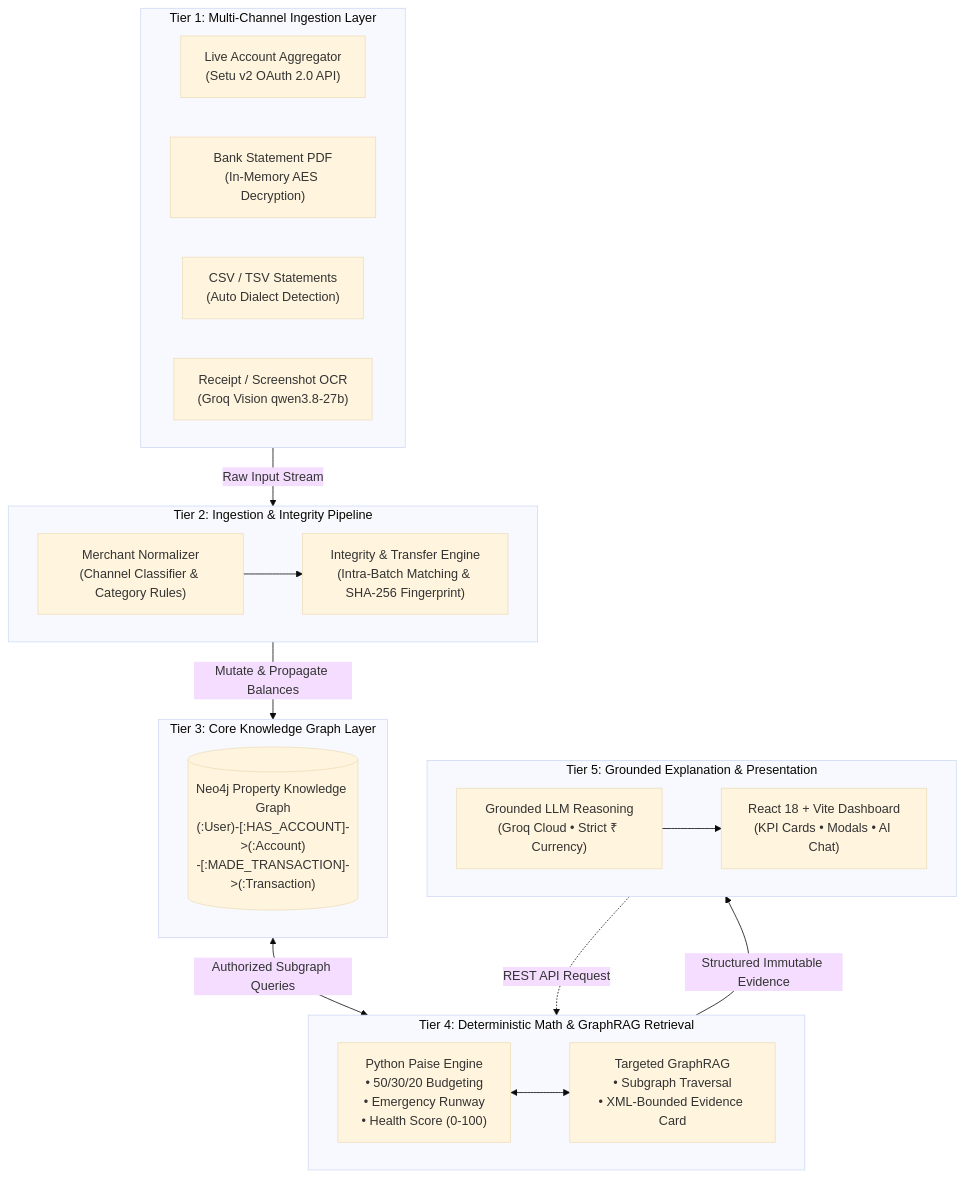
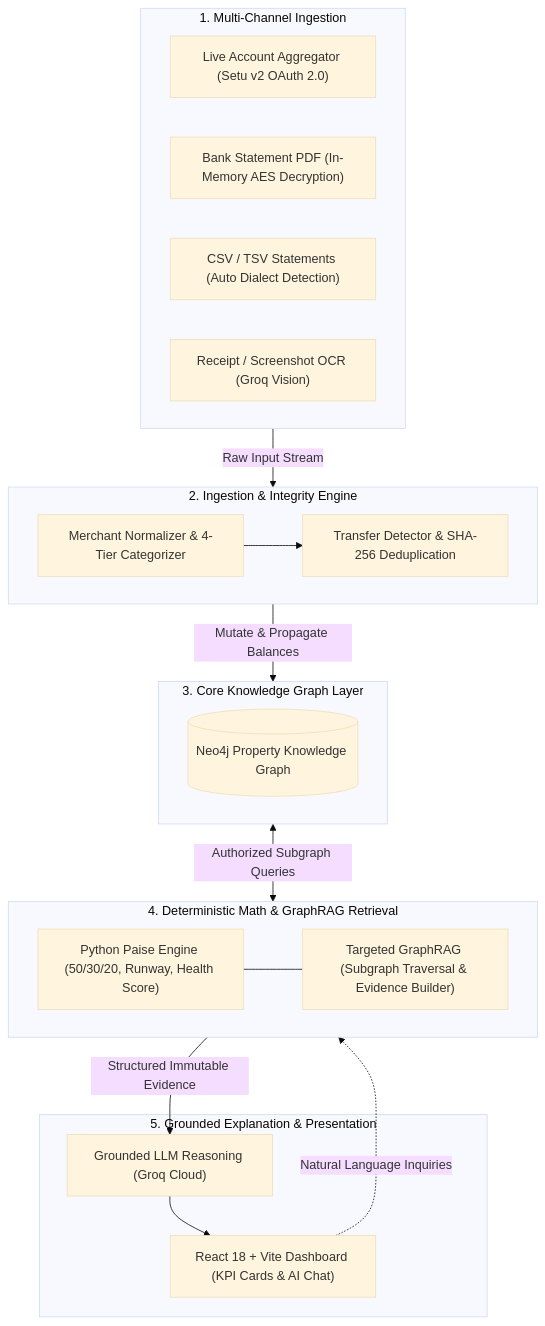
Before and after one commit to HariomGupta0/Personal_Finance_AI_v1: the first of 3 diagrams in README.md, drawn with Mermaid (base theme). The commit also changed other lines of this file, not shown here.

Commit message:
fix(docs): resolve Mermaid syntax error in sequence diagram and enhance architecture flowchart with shieldcn badges

````diff
--- a/README.md
+++ b/README.md
@@ -114,47 +120,43 @@
 ```mermaid
 flowchart TD
     %% TIER 1: INGESTION
-    subgraph T1 ["Tier 1: Multi-Channel Ingestion Layer"]
-        direction LR
-        AA["Live Account Aggregator<br/>(Setu v2 OAuth 2.0 API)"]
-        PDF["Bank Statement PDF<br/>(In-Memory AES Decryption)"]
-        CSV["CSV / TSV Statements<br/>(Auto Dialect Detection)"]
-        OCR["Receipt / Screenshot OCR<br/>(Groq Vision qwen3.8-27b)"]
+    subgraph Tier1 ["1. Multi-Channel Ingestion"]
+        AA["Live Account Aggregator (Setu v2 OAuth 2.0)"]
+        PDF["Bank Statement PDF (In-Memory AES Decryption)"]
+        CSV["CSV / TSV Statements (Auto Dialect Detection)"]
+        OCR["Receipt / Screenshot OCR (Groq Vision)"]
     end
 
     %% TIER 2: INTEGRITY
-    subgraph T2 ["Tier 2: Ingestion & Integrity Pipeline"]
-        direction LR
-        Norm["Merchant Normalizer<br/>(Channel Classifier & Category Rules)"]
-        Dedup["Integrity & Transfer Engine<br/>(Intra-Batch Matching & SHA-256 Fingerprint)"]
+    subgraph Tier2 ["2. Ingestion & Integrity Engine"]
+        Norm["Merchant Normalizer & 4-Tier Categorizer"]
+        Dedup["Transfer Detector & SHA-256 Deduplication"]
         Norm --> Dedup
     end
 
     %% TIER 3: GRAPH STORAGE
-    subgraph T3 ["Tier 3: Core Knowledge Graph Layer"]
-        Neo4j[("Neo4j Property Knowledge Graph<br/>(:User)-[:HAS_ACCOUNT]->(:Account)<br/>-[:MADE_TRANSACTION]->(:Transaction)")]
+    subgraph Tier3 ["3. Core Knowledge Graph Layer"]
+        Neo4j[("Neo4j Property Knowledge Graph")]
     end
 
     %% TIER 4: COMPUTATION & RETRIEVAL
-    subgraph T4 ["Tier 4: Deterministic Math & GraphRAG Retrieval"]
-        direction LR
-        Math["Python Paise Engine<br/>• 50/30/20 Budgeting<br/>• Emergency Runway<br/>• Health Score (0-100)"]
-        RAG["Targeted GraphRAG<br/>• Subgraph Traversal<br/>• XML-Bounded Evidence Card"]
-        Math <--> RAG
+    subgraph Tier4 ["4. Deterministic Math & GraphRAG Retrieval"]
+        Math["Python Paise Engine (50/30/20, Runway, Health Score)"]
+        RAG["Targeted GraphRAG (Subgraph Traversal & Evidence Builder)"]
+        Math --- RAG
     end
 
     %% TIER 5: PRESENTATION
-    subgraph T5 ["Tier 5: Grounded Explanation & Presentation"]
-        direction LR
-        LLM["Grounded LLM Reasoning<br/>(Groq Cloud • Strict ₹ Currency)"]
-        UI["React 18 + Vite Dashboard<br/>(KPI Cards • Modals • AI Chat)"]
+    subgraph Tier5 ["5. Grounded Explanation & Presentation"]
+        LLM["Grounded LLM Reasoning (Groq Cloud)"]
+        UI["React 18 + Vite Dashboard (KPI Cards & AI Chat)"]
         LLM --> UI
     end
 
     %% INTER-TIER CONNECTIONS
-    T1 -->|Raw Input Stream| T2
-    T2 -->|Mutate & Propagate Balances| T3
-    T3 <-->|Authorized Subgraph Queries| T4
-    T4 -->|Structured Immutable Evidence| T5
-    UI -.->|REST API Request| T4
+    Tier1 -->|Raw Input Stream| Tier2
+    Tier2 -->|Mutate & Propagate Balances| Tier3
+    Tier3 <-->|Authorized Subgraph Queries| Tier4
+    Tier4 -->|Structured Immutable Evidence| LLM
+    UI -.->|Natural Language Inquiries| Tier4
 ```
````
